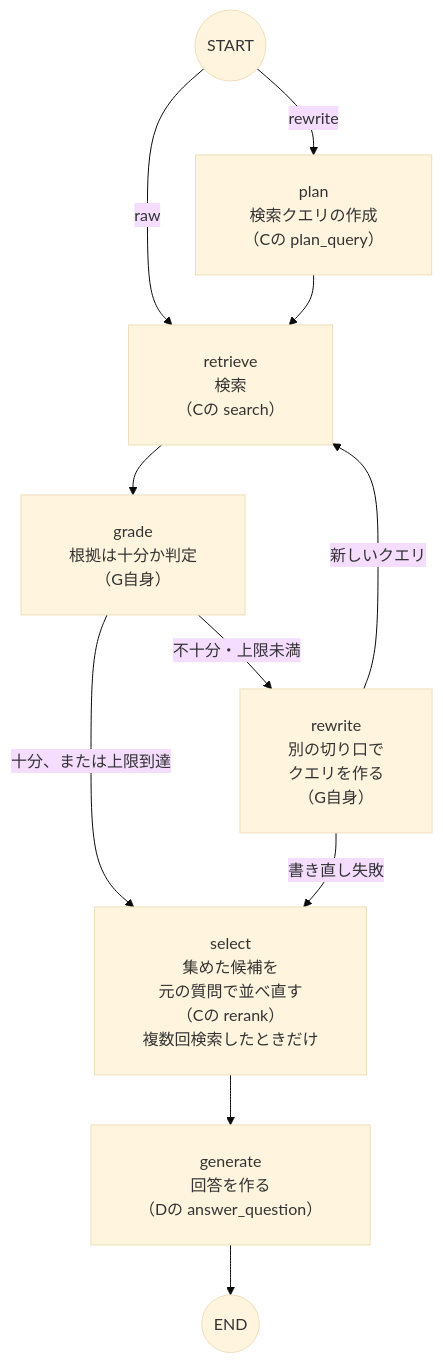
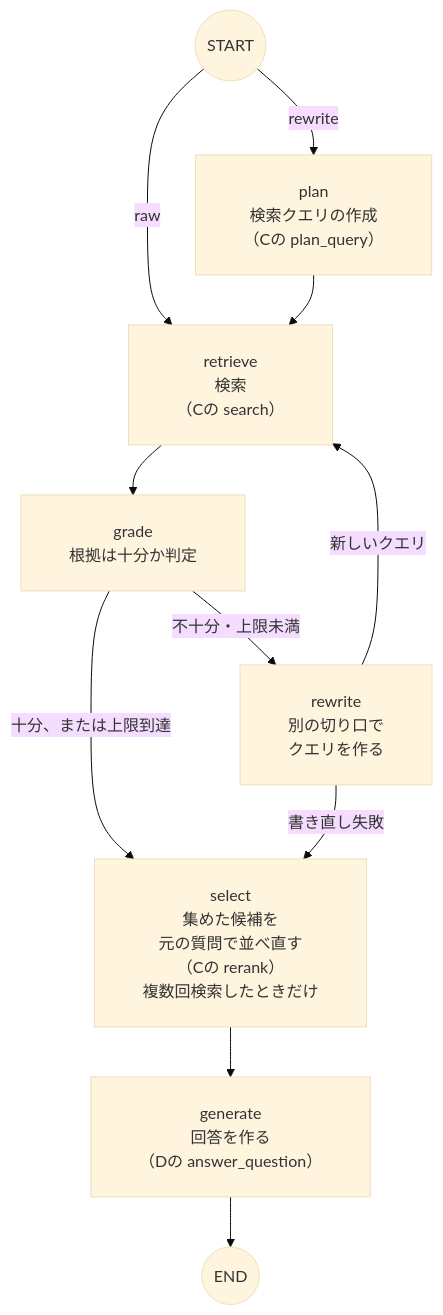
The third of 3 diagrams in README_ja.md (satoshi-abe-dev/silo-rag), drawn with Mermaid (base theme) before and after one commit. The commit also changed other lines of this file and 1 other file, not shown here.

Commit message:
Drop the redundant 'G itself' marks from the agent flow diagram
A step with no (C's ...) or (D's ...) mark already means it lives only in G,
so the explicit mark was redundant. Say that in the note under the diagram.

````diff
--- a/README_ja.md
+++ b/README_ja.md
@@ -234,14 +234,14 @@
 ```mermaid
 %%{init: {"flowchart": {"padding": 24, "wrappingWidth": 400}}}%%
 graph TD
     S((START)) -->|raw| R["retrieve<br/>検索<br/>（Cの search）"]
     S -->|rewrite| P["plan<br/>検索クエリの作成<br/>（Cの plan_query）"]
     P --> R
-    R --> J["grade<br/>根拠は十分か判定<br/>（G自身）"]
+    R --> J["grade<br/>根拠は十分か判定"]
     J -->|十分、または上限到達| SEL["select<br/>集めた候補を<br/>元の質問で並べ直す<br/>（Cの rerank）<br/>複数回検索したときだけ"]
-    J -->|不十分・上限未満| W["rewrite<br/>別の切り口で<br/>クエリを作る<br/>（G自身）"]
+    J -->|不十分・上限未満| W["rewrite<br/>別の切り口で<br/>クエリを作る"]
     W -->|新しいクエリ| R
     W -->|書き直し失敗| SEL
     SEL --> G["generate<br/>回答を作る<br/>（Dの answer_question）"]
     G --> X((END))
 ```
````
